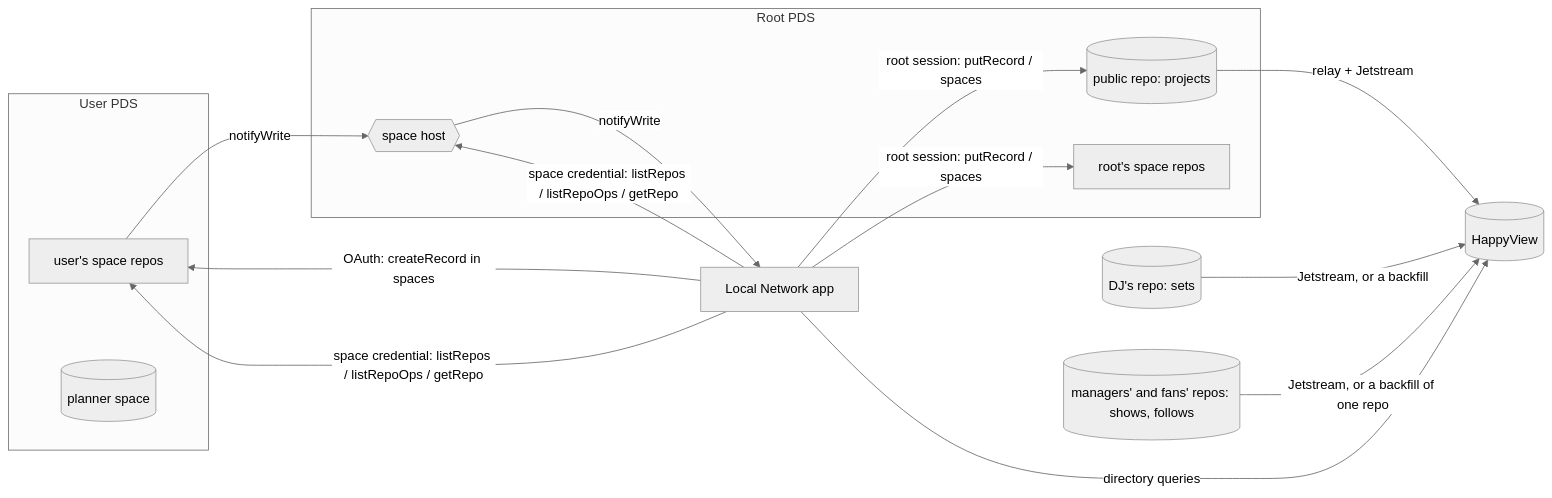
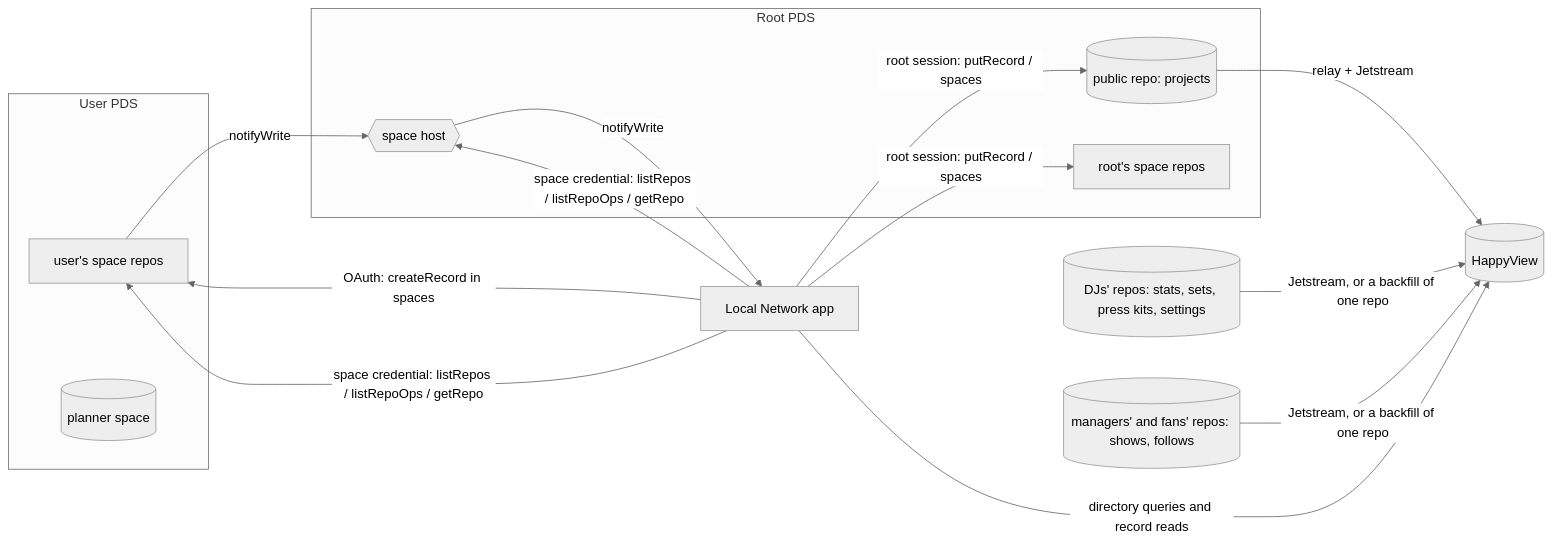
The diagram in apps/web/README.md (cutenode/localnetwork), drawn with Mermaid (neutral theme) before and after one commit. The commit also changed other lines of this file and 39 other files, not shown here.

First line of the commit message:
feat(web): read DJ records and press kits from HappyView instead of PDSes

````diff
--- a/apps/web/README.md
+++ b/apps/web/README.md
@@ -92,22 +93,22 @@
 ```mermaid
 flowchart LR
   subgraph User PDS
     UR[user's space repos]
     PL[(planner space)]
   end
   subgraph Root PDS
     PUB[(public repo: projects)]
     RS[root's space repos]
     SH{{space host}}
   end
   App[Local Network app]
   App -- OAuth: createRecord in spaces --> UR
   App -- root session: putRecord / spaces --> PUB & RS
   UR -- notifyWrite --> SH
   SH -- notifyWrite --> App
   App -- space credential: listRepos / listRepoOps / getRepo --> SH & UR
   PUB -- relay + Jetstream --> HV[(HappyView)]
-  SETS[(DJ's repo: sets)] -- Jetstream, or a backfill --> HV
+  SETS[(DJs' repos: stats, sets, press kits, settings)] -- Jetstream, or a backfill of one repo --> HV
   FANS[(managers' and fans' repos: shows, follows)] -- Jetstream, or a backfill of one repo --> HV
-  App -- directory queries --> HV
+  App -- directory queries and record reads --> HV
 ```
````
